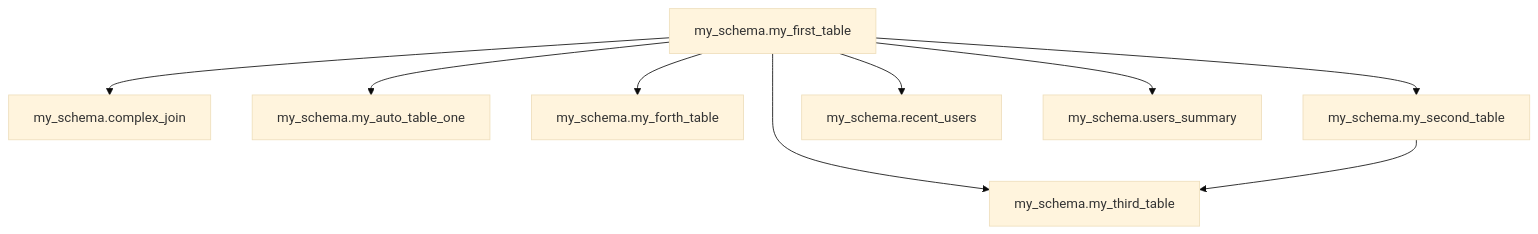
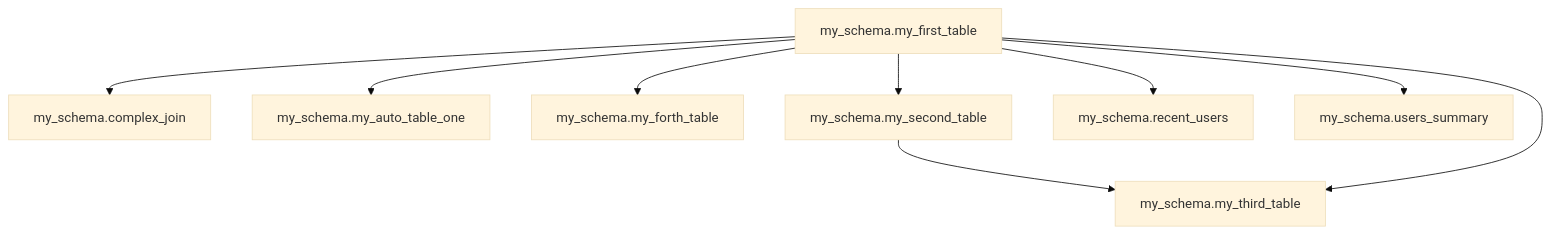
One commit to francescomucio/tee-as-transformation changed the diagram in t_project_sno/output/dependency_report.md. Above: the diagram before and after it, drawn with Mermaid (base theme). The commit also changed other lines of this file and 42 other files, not shown here.

````diff
--- a/t_project_sno/output/dependency_report.md
+++ b/t_project_sno/output/dependency_report.md
@@ -15,29 +15,29 @@
 ```mermaid
 graph TD
     my_schema_complex_join["my_schema.complex_join"]
     my_schema_my_auto_table_one["my_schema.my_auto_table_one"]
     my_schema_my_first_table["my_schema.my_first_table"]
     my_schema_my_forth_table["my_schema.my_forth_table"]
     my_schema_my_second_table["my_schema.my_second_table"]
     my_schema_my_third_table["my_schema.my_third_table"]
     my_schema_recent_users["my_schema.recent_users"]
     my_schema_users_summary["my_schema.users_summary"]
     my_schema_my_first_table --> my_schema_my_forth_table
     my_schema_my_first_table --> my_schema_my_second_table
+    my_schema_my_second_table --> my_schema_my_third_table
     my_schema_my_first_table --> my_schema_my_third_table
-    my_schema_my_second_table --> my_schema_my_third_table
     my_schema_my_first_table --> my_schema_users_summary
     my_schema_my_first_table --> my_schema_recent_users
     my_schema_my_first_table --> my_schema_complex_join
     my_schema_my_first_table --> my_schema_my_auto_table_one
 
     %% Execution Order:
     %% 1. my_schema.my_first_table
     %% 2. my_schema.my_forth_table
     %% 3. my_schema.my_second_table
     %% 4. my_schema.users_summary
     %% 5. my_schema.recent_users
     %% 6. my_schema.complex_join
     %% 7. my_schema.my_auto_table_one
     %% 8. my_schema.my_third_table
 ```
````
